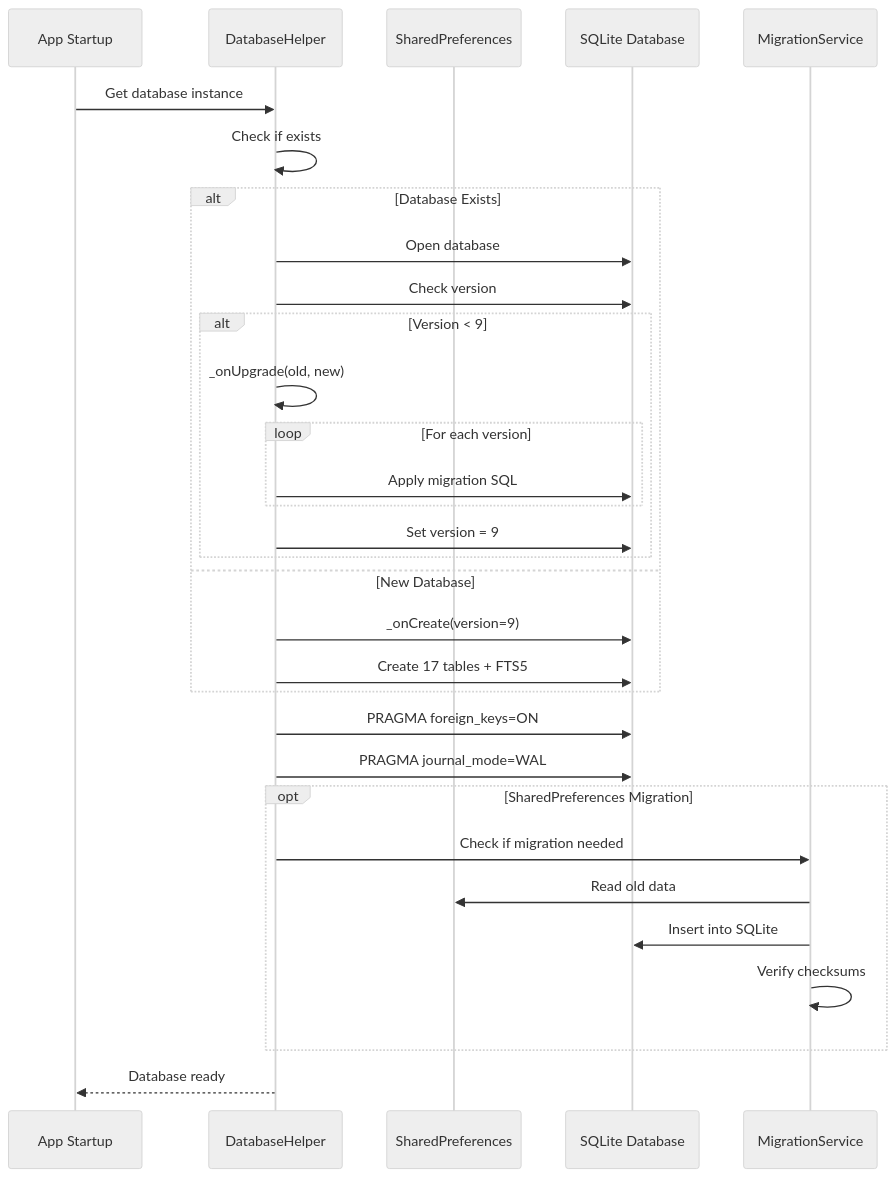
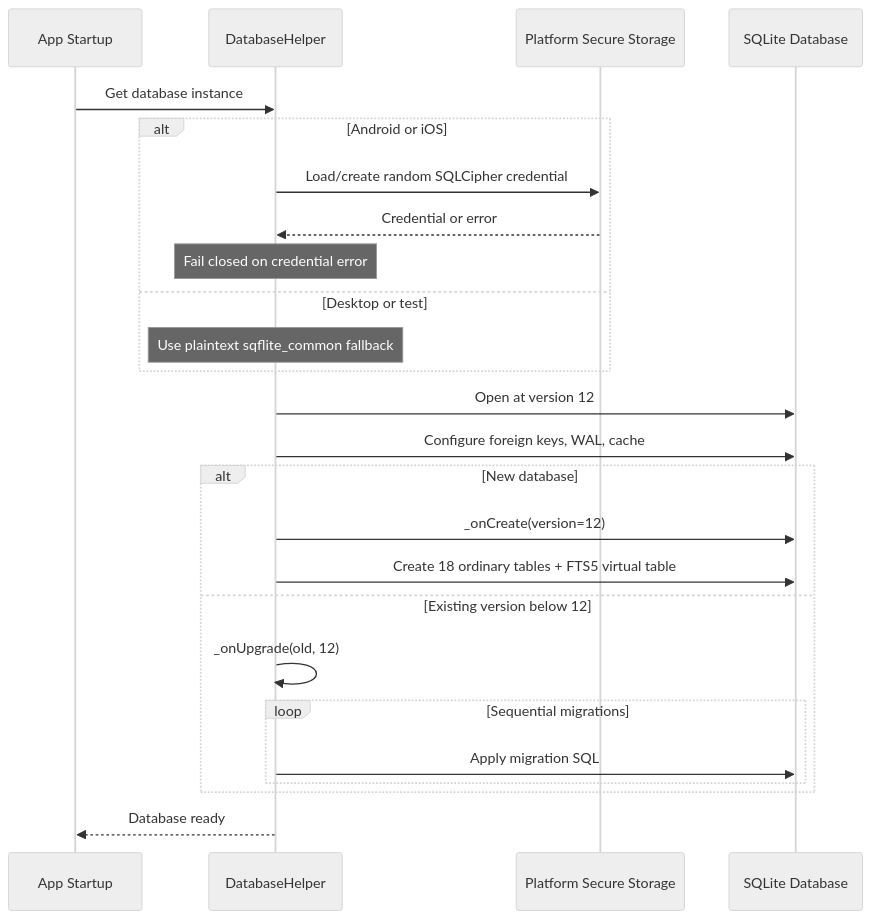
The sixth of 6 diagrams in docs/srs/06-sequence-diagrams.md (AbubakarMahmood1/pak_connect_final), drawn with Mermaid (neutral theme) before and after one commit. The commit also changed other lines of this file and 37 other files, not shown here.

````diff
--- a/docs/srs/06-sequence-diagrams.md
+++ b/docs/srs/06-sequence-diagrams.md
@@ -396,34 +389,28 @@
 ```mermaid
 sequenceDiagram
     participant App as App Startup
     participant DH as DatabaseHelper
-    participant SP as SharedPreferences
+    participant SS as Platform Secure Storage
     participant DB as SQLite Database
-    participant MS as MigrationService
 
     App->>DH: Get database instance
-    DH->>DH: Check if exists
-    alt Database Exists
-        DH->>DB: Open database
-        DH->>DB: Check version
-        alt Version < 9
-            DH->>DH: _onUpgrade(old, new)
-            loop For each version
-                DH->>DB: Apply migration SQL
-            end
-            DH->>DB: Set version = 9
+    alt Android or iOS
+        DH->>SS: Load/create random SQLCipher credential
+        SS-->>DH: Credential or error
+        Note over DH: Fail closed on credential error
+    else Desktop or test
+        Note over DH: Use plaintext sqflite_common fallback
+    end
+    DH->>DB: Open at version 12
+    DH->>DB: Configure foreign keys, WAL, cache
+    alt New database
+        DH->>DB: _onCreate(version=12)
+        DH->>DB: Create 18 ordinary tables + FTS5 virtual table
+    else Existing version below 12
+        DH->>DH: _onUpgrade(old, 12)
+        loop Sequential migrations
+            DH->>DB: Apply migration SQL
         end
-    else New Database
-        DH->>DB: _onCreate(version=9)
-        DH->>DB: Create 17 tables + FTS5
-    end
-    DH->>DB: PRAGMA foreign_keys=ON
-    DH->>DB: PRAGMA journal_mode=WAL
-    opt SharedPreferences Migration
-        DH->>MS: Check if migration needed
-        MS->>SP: Read old data
-        MS->>DB: Insert into SQLite
-        MS->>MS: Verify checksums
     end
     DH-->>App: Database ready
 ```
````
